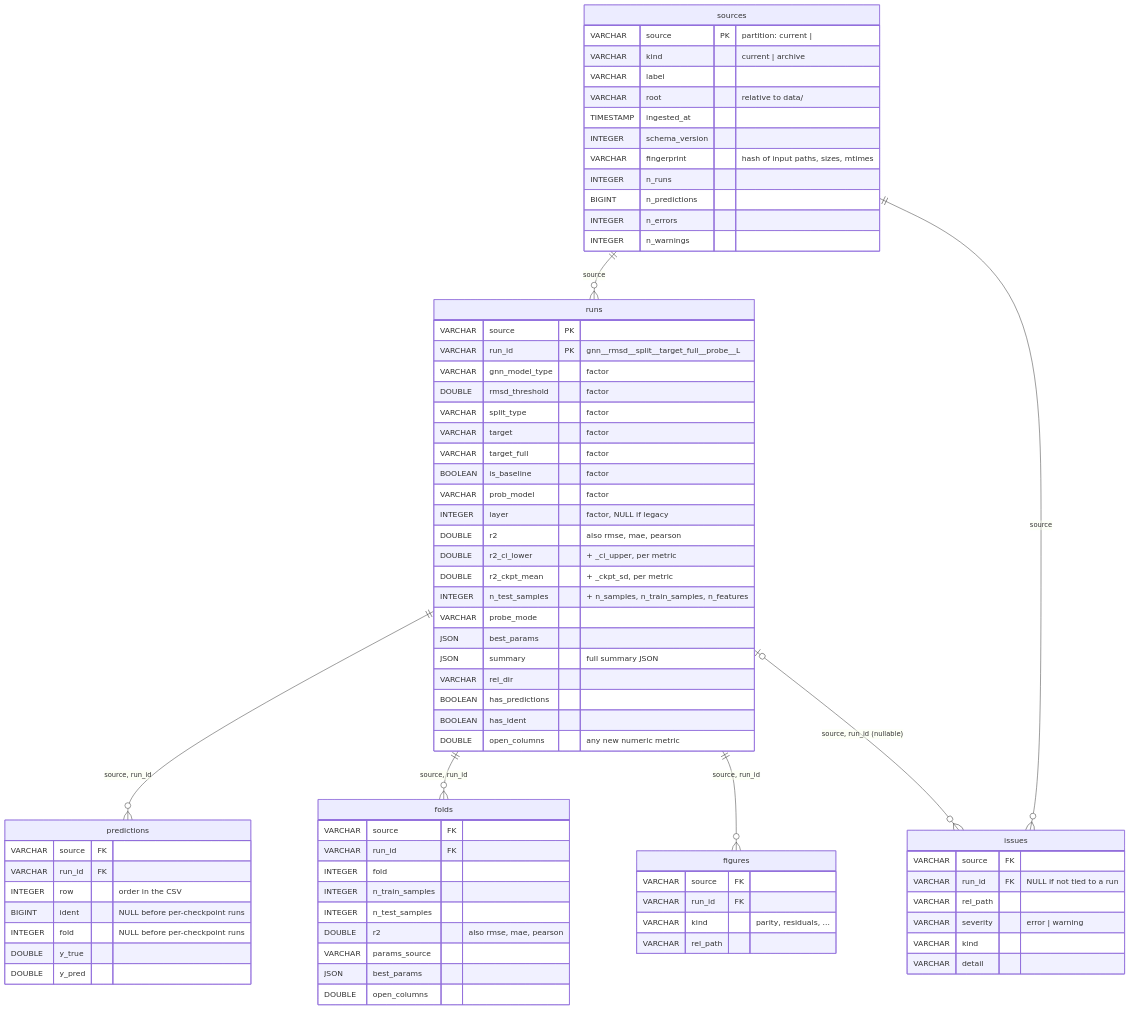
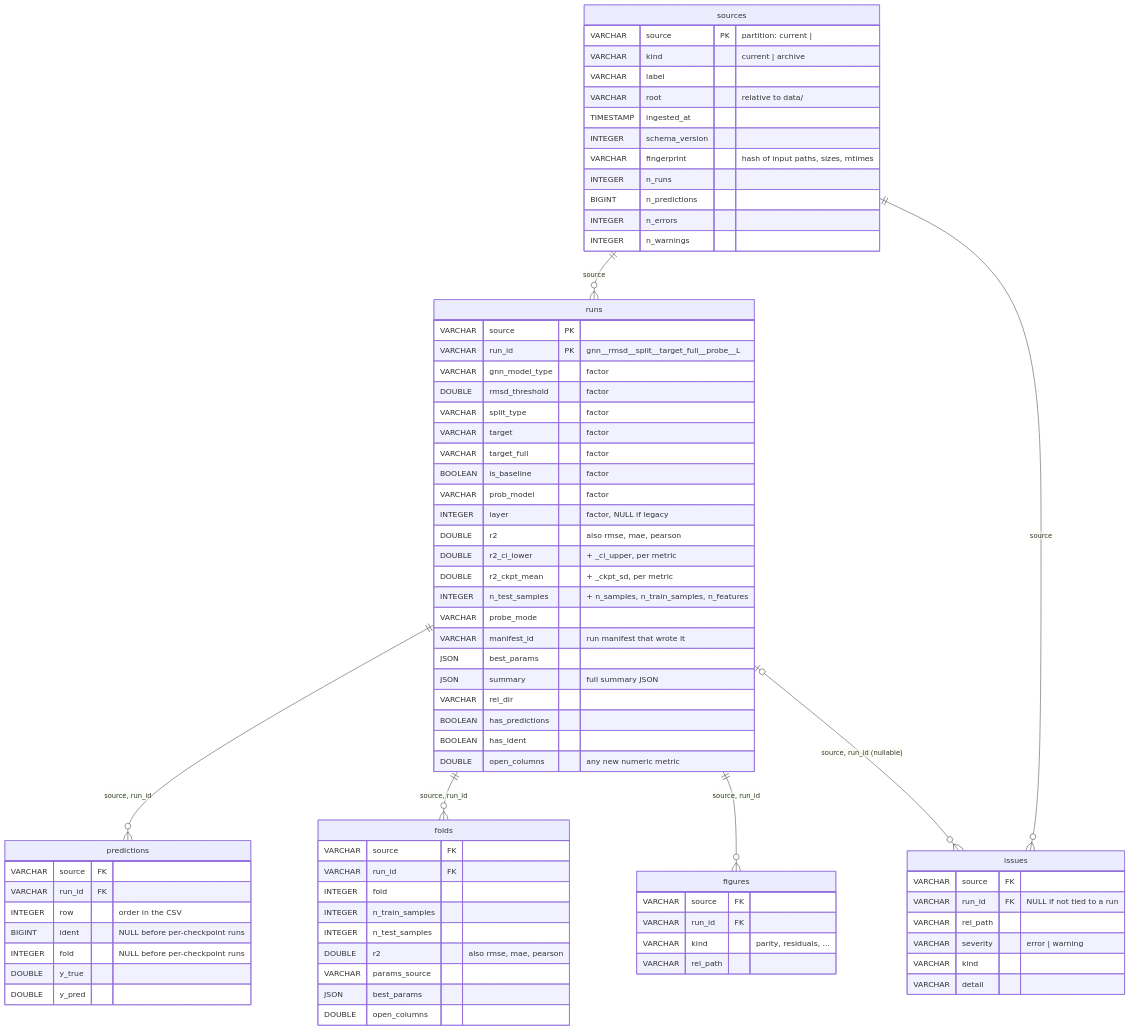
One commit to fatemeh-moghaddam/kinodata-3D-affinity-prediction changed the diagram in prob/db/README.md. Above: the diagram before and after it, drawn with Mermaid. The commit also changed 8 other files, not shown here.

First line of the commit message:
Write a run manifest for every probe run

````diff
--- a/prob/db/README.md
+++ b/prob/db/README.md
@@ -63,80 +63,81 @@
 ```mermaid
 erDiagram
     sources ||--o{ runs : "source"
     sources ||--o{ issues : "source"
     runs ||--o{ predictions : "source, run_id"
     runs ||--o{ folds : "source, run_id"
     runs ||--o{ figures : "source, run_id"
     runs |o--o{ issues : "source, run_id (nullable)"
 
     sources {
         VARCHAR source PK "partition: current | <archive stamp>"
         VARCHAR kind "current | archive"
         VARCHAR label
         VARCHAR root "relative to data/"
         TIMESTAMP ingested_at
         INTEGER schema_version
         VARCHAR fingerprint "hash of input paths, sizes, mtimes"
         INTEGER n_runs
         BIGINT n_predictions
         INTEGER n_errors
         INTEGER n_warnings
     }
     runs {
         VARCHAR source PK
         VARCHAR run_id PK "gnn__rmsd__split__target_full__probe__L<layer>"
         VARCHAR gnn_model_type "factor"
         DOUBLE rmsd_threshold "factor"
         VARCHAR split_type "factor"
         VARCHAR target "factor"
         VARCHAR target_full "factor"
         BOOLEAN is_baseline "factor"
         VARCHAR prob_model "factor"
         INTEGER layer "factor, NULL if legacy"
         DOUBLE r2 "also rmse, mae, pearson"
         DOUBLE r2_ci_lower "+ _ci_upper, per metric"
         DOUBLE r2_ckpt_mean "+ _ckpt_sd, per metric"
         INTEGER n_test_samples "+ n_samples, n_train_samples, n_features"
         VARCHAR probe_mode
+        VARCHAR manifest_id "run manifest that wrote it"
         JSON best_params
         JSON summary "full summary JSON"
         VARCHAR rel_dir
         BOOLEAN has_predictions
         BOOLEAN has_ident
         DOUBLE open_columns "any new numeric metric"
     }
     predictions {
         VARCHAR source FK
         VARCHAR run_id FK
         INTEGER row "order in the CSV"
         BIGINT ident "NULL before per-checkpoint runs"
         INTEGER fold "NULL before per-checkpoint runs"
         DOUBLE y_true
         DOUBLE y_pred
     }
     folds {
         VARCHAR source FK
         VARCHAR run_id FK
         INTEGER fold
         INTEGER n_train_samples
         INTEGER n_test_samples
         DOUBLE r2 "also rmse, mae, pearson"
         VARCHAR params_source
         JSON best_params
         DOUBLE open_columns
     }
     figures {
         VARCHAR source FK
         VARCHAR run_id FK
         VARCHAR kind "parity, residuals, ..."
         VARCHAR rel_path
     }
     issues {
         VARCHAR source FK
         VARCHAR run_id FK "NULL if not tied to a run"
         VARCHAR rel_path
         VARCHAR severity "error | warning"
         VARCHAR kind
         VARCHAR detail
     }
 ```
````
